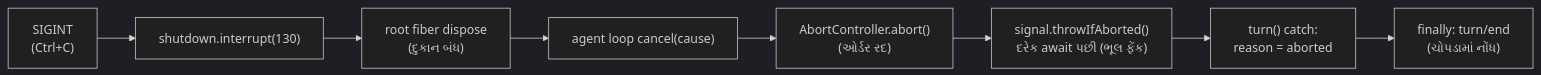
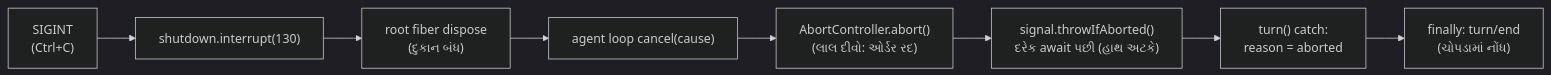
Before and after one commit to vrajkher/DeepSeekHarnessBookNEW: the second of 2 diagrams in book/05-debugging-permissions-reliability.md, drawn with Mermaid (dark theme). The commit also changed other lines of this file and 15 other files, not shown here.

````diff
--- a/book/05-debugging-permissions-reliability.md
+++ b/book/05-debugging-permissions-reliability.md
@@ -156,10 +219,10 @@
 ```mermaid
 flowchart LR
   S["SIGINT<br/>(Ctrl+C)"] --> I["shutdown.interrupt(130)"]
   I --> D["root fiber dispose<br/>(દુકાન બંધ)"]
   D --> C["agent loop cancel(cause)"]
-  C --> A["AbortController.abort()<br/>(ઓર્ડર રદ)"]
-  A --> T["signal.throwIfAborted()<br/>દરેક await પછી (ભૂલ ફેંક)"]
+  C --> A["AbortController.abort()<br/>(લાલ દીવો: ઓર્ડર રદ)"]
+  A --> T["signal.throwIfAborted()<br/>દરેક await પછી (હાથ અટકે)"]
   T --> K["turn() catch:<br/>reason = aborted"]
   K --> F["finally: turn/end<br/>(ચોપડામાં નોંધ)"]
 ```
````
